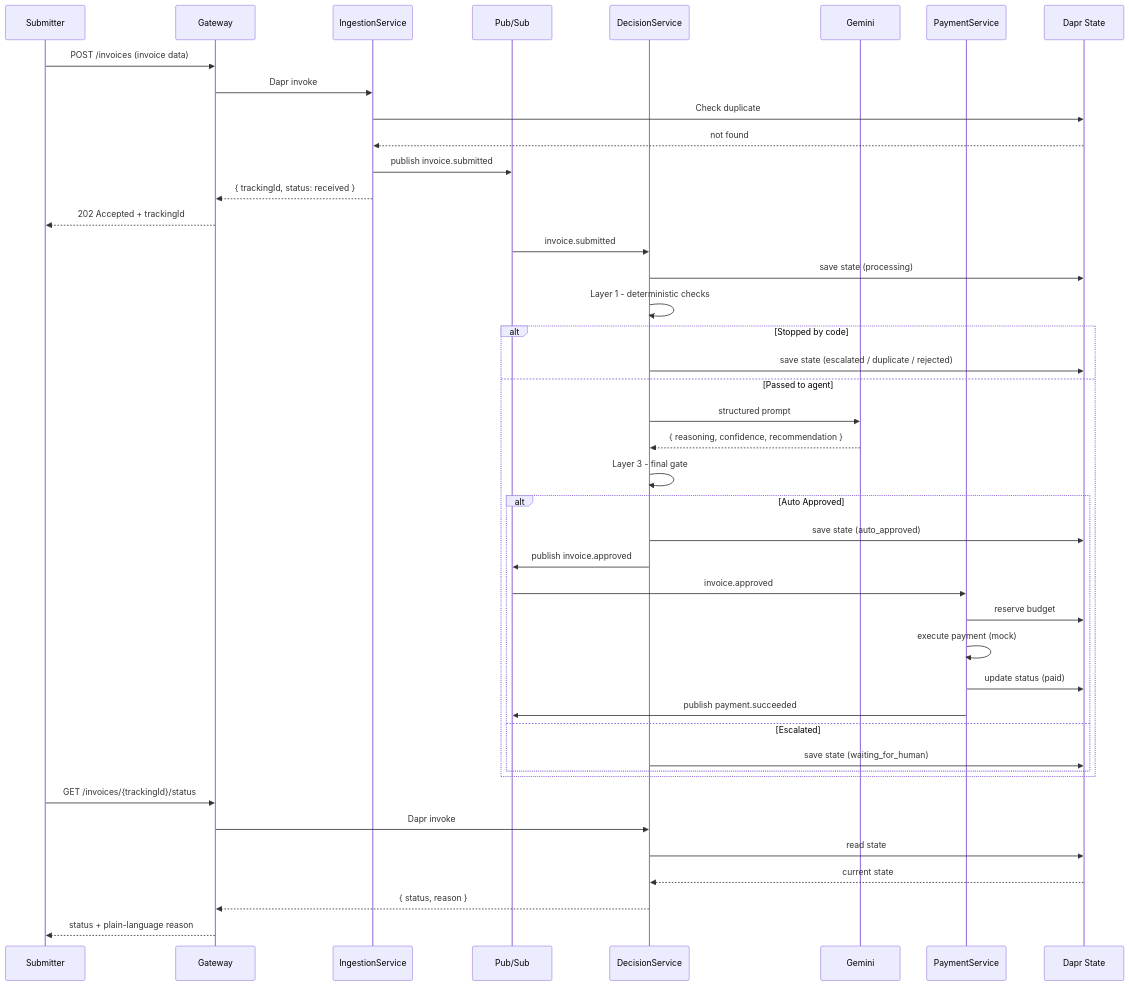
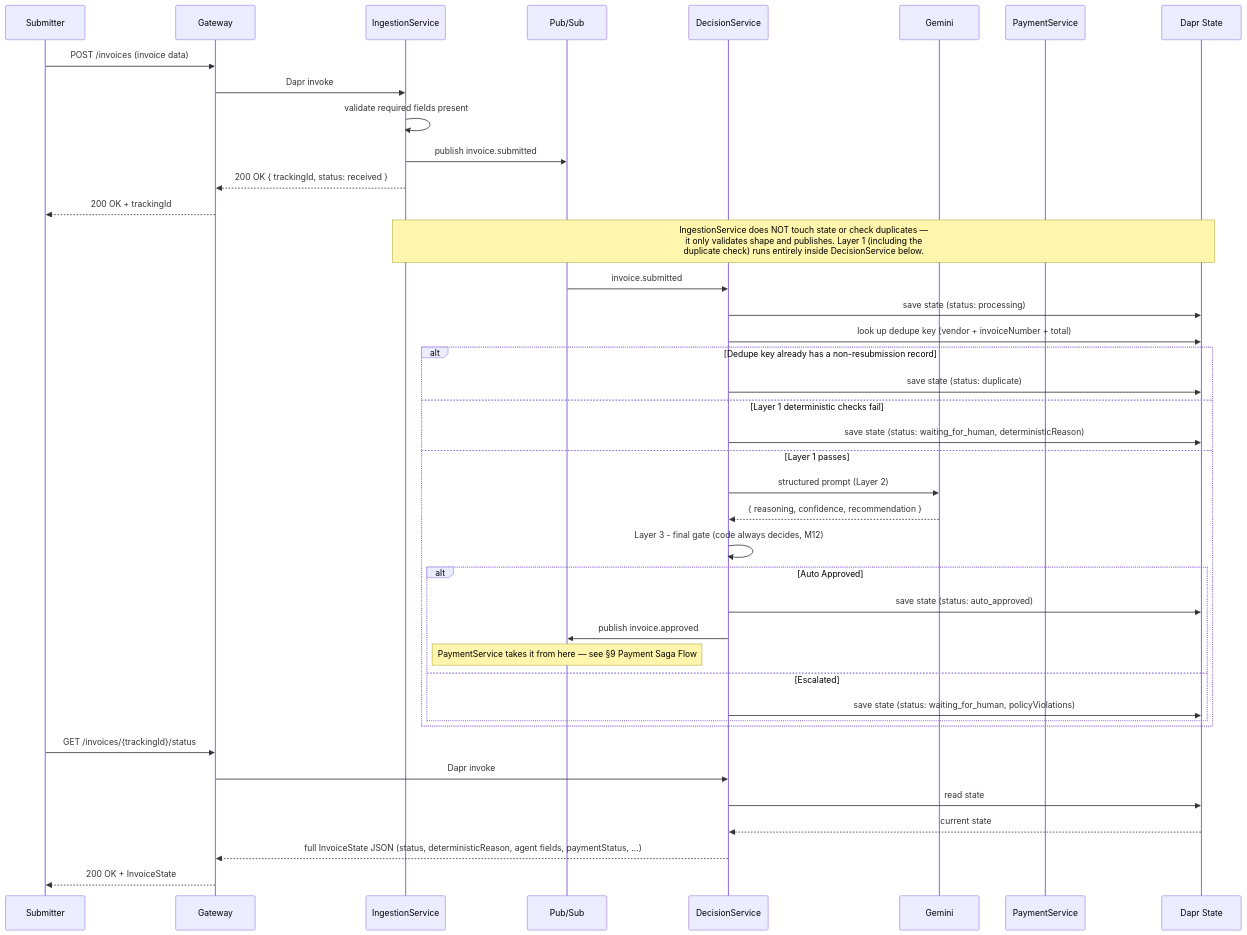
Before and after one commit to Devora9249/ApprovalFlow: the second of 6 diagrams in ARCHITECTURE.md, drawn with Mermaid. The commit also changed other lines of this file and 23 other files, not shown here.

````diff
--- a/ARCHITECTURE.md
+++ b/ARCHITECTURE.md
@@ -172,50 +174,49 @@
 ```mermaid
 sequenceDiagram
     participant U as Submitter
     participant GW as Gateway
     participant IS as IngestionService
     participant PB as Pub/Sub
     participant DS as DecisionService
     participant AI as Gemini
     participant PS as PaymentService
     participant ST as Dapr State
 
     U->>GW: POST /invoices (invoice data)
     GW->>IS: Dapr invoke
-    IS->>ST: Check duplicate
-    ST-->>IS: not found
+    IS->>IS: validate required fields present
     IS->>PB: publish invoice.submitted
-    IS-->>GW: { trackingId, status: received }
-    GW-->>U: 202 Accepted + trackingId
+    IS-->>GW: 200 OK { trackingId, status: received }
+    GW-->>U: 200 OK + trackingId
+
+    Note over IS,ST: IngestionService does NOT touch state or check duplicates —<br/>it only validates shape and publishes. Layer 1 (including the<br/>duplicate check) runs entirely inside DecisionService below.
 
     PB->>DS: invoice.submitted
-    DS->>ST: save state (processing)
-    DS->>DS: Layer 1 - deterministic checks
-    
-    alt Stopped by code
-        DS->>ST: save state (escalated / duplicate / rejected)
-    else Passed to agent
-        DS->>AI: structured prompt
+    DS->>ST: save state (status: processing)
+    DS->>ST: look up dedupe key (vendor + invoiceNumber + total)
+
+    alt Dedupe key already has a non-resubmission record
+        DS->>ST: save state (status: duplicate)
+    else Layer 1 deterministic checks fail
+        DS->>ST: save state (status: waiting_for_human, deterministicReason)
+    else Layer 1 passes
+        DS->>AI: structured prompt (Layer 2)
         AI-->>DS: { reasoning, confidence, recommendation }
-        DS->>DS: Layer 3 - final gate
-        
+        DS->>DS: Layer 3 - final gate (code always decides, M12)
+
         alt Auto Approved
-            DS->>ST: save state (auto_approved)
+            DS->>ST: save state (status: auto_approved)
             DS->>PB: publish invoice.approved
-            PB->>PS: invoice.approved
-            PS->>ST: reserve budget
-            PS->>PS: execute payment (mock)
-            PS->>ST: update status (paid)
-            PS->>PB: publish payment.succeeded
+            Note over PB: PaymentService takes it from here — see §9 Payment Saga Flow
         else Escalated
-            DS->>ST: save state (waiting_for_human)
+            DS->>ST: save state (status: waiting_for_human, policyViolations)
         end
     end
 
     U->>GW: GET /invoices/{trackingId}/status
     GW->>DS: Dapr invoke
     DS->>ST: read state
     ST-->>DS: current state
-    DS-->>GW: { status, reason }
-    GW-->>U: status + plain-language reason
+    DS-->>GW: full InvoiceState JSON (status, deterministicReason, agent fields, paymentStatus, ...)
+    GW-->>U: 200 OK + InvoiceState
 ```
````
